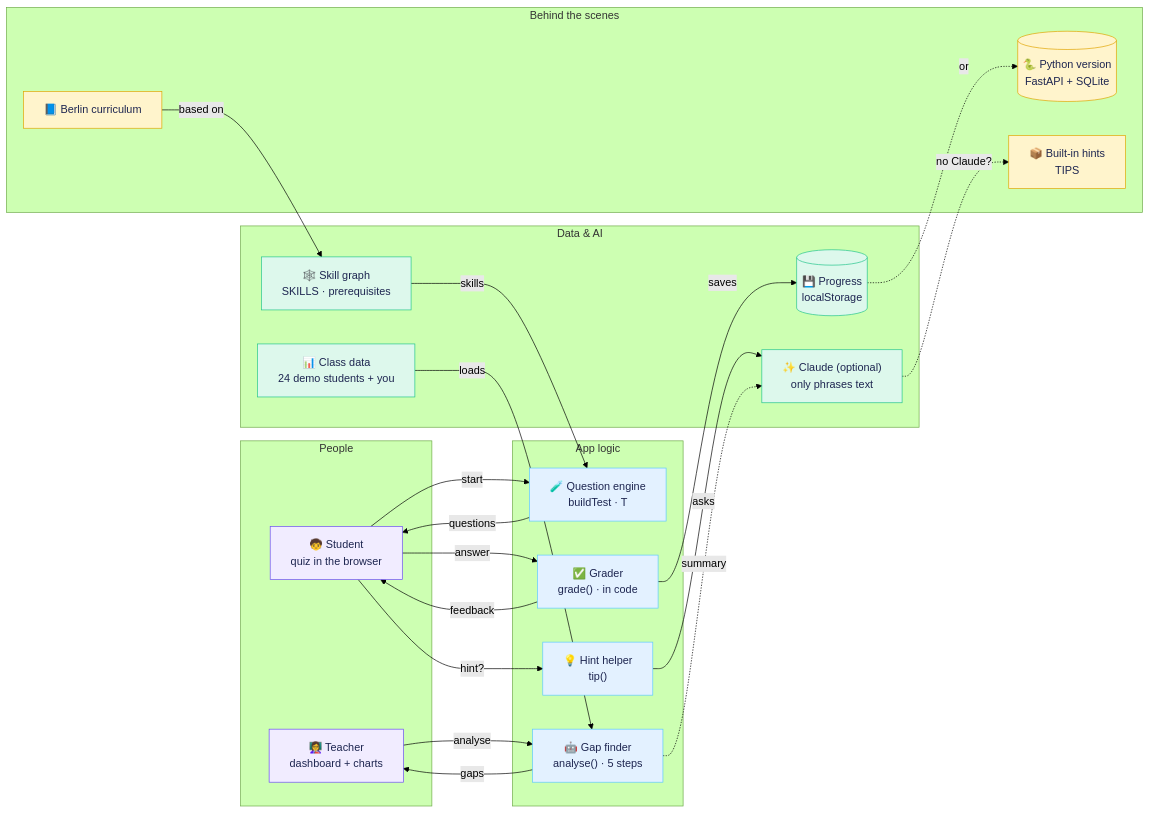
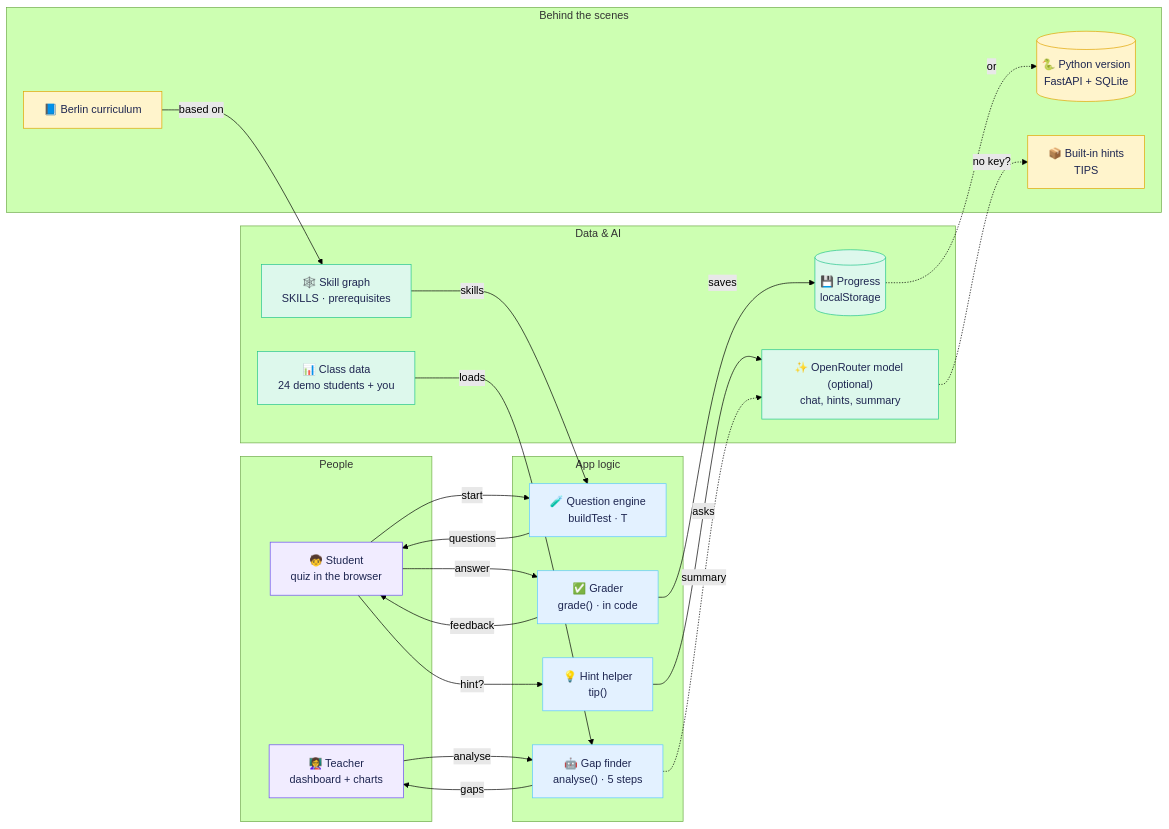
Before and after one commit to RezaurRahman47/SchoolHack: the first of 6 diagrams in docs/technical-flow.md, drawn with Mermaid (forest theme). The commit also changed other lines of this file and 11 other files, not shown here.

First line of the commit message:
refactor(chat): always call the OpenRouter model first, drop Claude

````diff
--- a/docs/technical-flow.md
+++ b/docs/technical-flow.md
@@ -20,50 +20,50 @@
 ```mermaid
 flowchart LR
     classDef people fill:#f1ecff,stroke:#6c4bf4,color:#1d2550
     classDef logic fill:#e3f1ff,stroke:#5cc8ff,color:#1d2550
     classDef data fill:#ddf8ec,stroke:#22c58b,color:#1d2550
     classDef back fill:#fff4cc,stroke:#e0a400,color:#1d2550
 
     subgraph P["People"]
         student["🧒 Student<br/>quiz in the browser"]
         teacher["👩‍🏫 Teacher<br/>dashboard + charts"]
     end
     subgraph L["App logic"]
         engine["🧪 Question engine<br/>buildTest · T"]
         grader["✅ Grader<br/>grade() · in code"]
         tutor["💡 Hint helper<br/>tip()"]
         agent["🤖 Gap finder<br/>analyse() · 5 steps"]
     end
     subgraph DA["Data & AI"]
         skills["🕸️ Skill graph<br/>SKILLS · prerequisites"]
         store[("💾 Progress<br/>localStorage")]
-        claude["✨ Claude (optional)<br/>only phrases text"]
+        model["✨ OpenRouter model (optional)<br/>chat, hints, summary"]
         klass["📊 Class data<br/>24 demo students + you"]
     end
     subgraph B["Behind the scenes"]
         rlp["📘 Berlin curriculum"]
         server[("🐍 Python version<br/>FastAPI + SQLite")]
         fallback["📦 Built-in hints<br/>TIPS"]
     end
 
     student -- "start" --> engine
     engine -- "questions" --> student
     student -- "answer" --> grader
     grader -- "feedback" --> student
     student -- "hint?" --> tutor
     skills -- "skills" --> engine
     grader -- "saves" --> store
-    tutor -- "asks" --> claude
-    claude -. "no Claude?" .-> fallback
+    tutor -- "asks" --> model
+    model -. "no key?" .-> fallback
     rlp -- "based on" --> skills
     store -. "or" .-> server
     teacher -- "analyse" --> agent
     klass -- "loads" --> agent
-    agent -. "summary" .-> claude
+    agent -. "summary" .-> model
     agent -- "gaps" --> teacher
 
     class student,teacher people
     class engine,grader,tutor,agent logic
-    class skills,store,claude,klass data
+    class skills,store,model,klass data
     class rlp,server,fallback back
 ```
````
